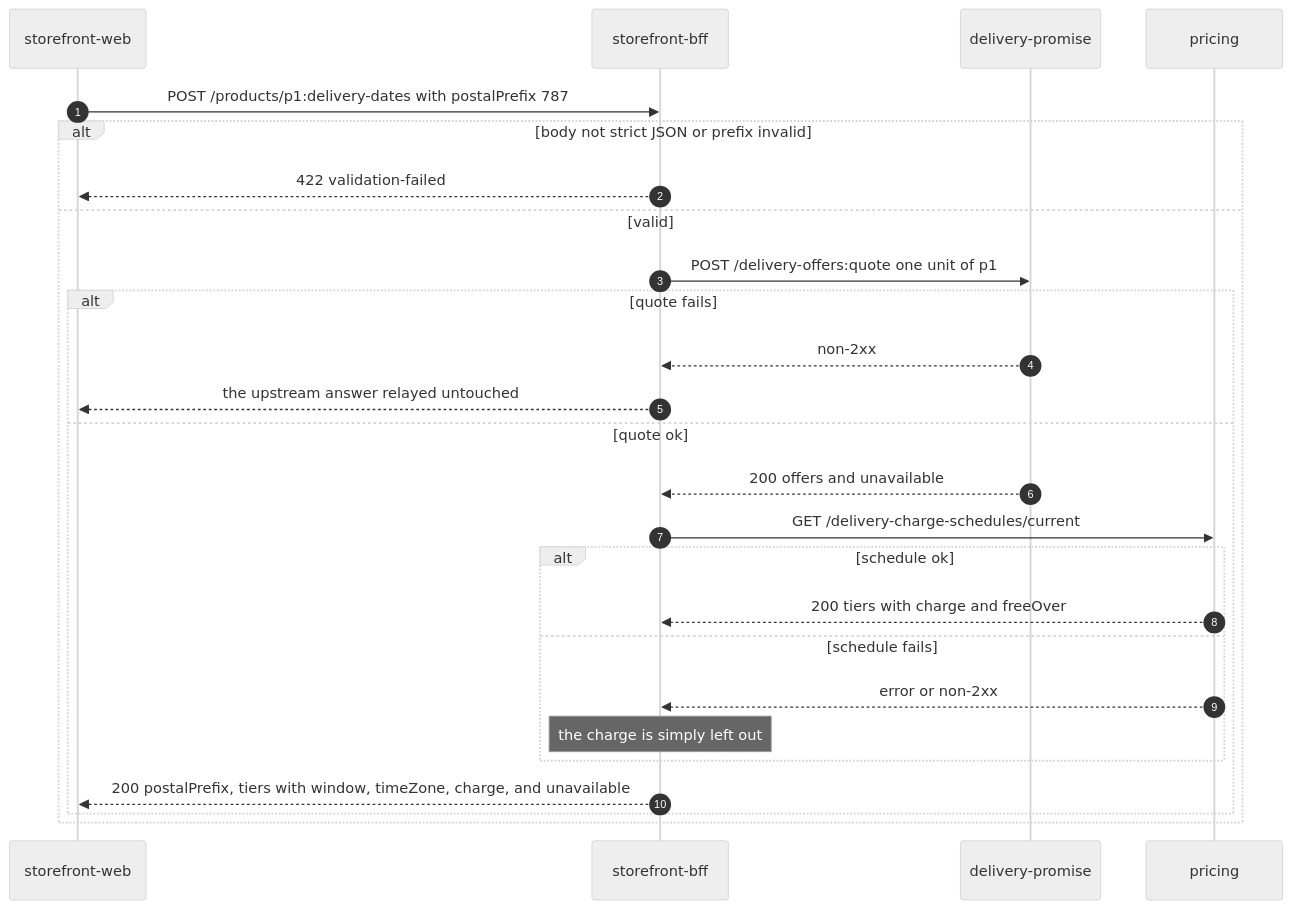
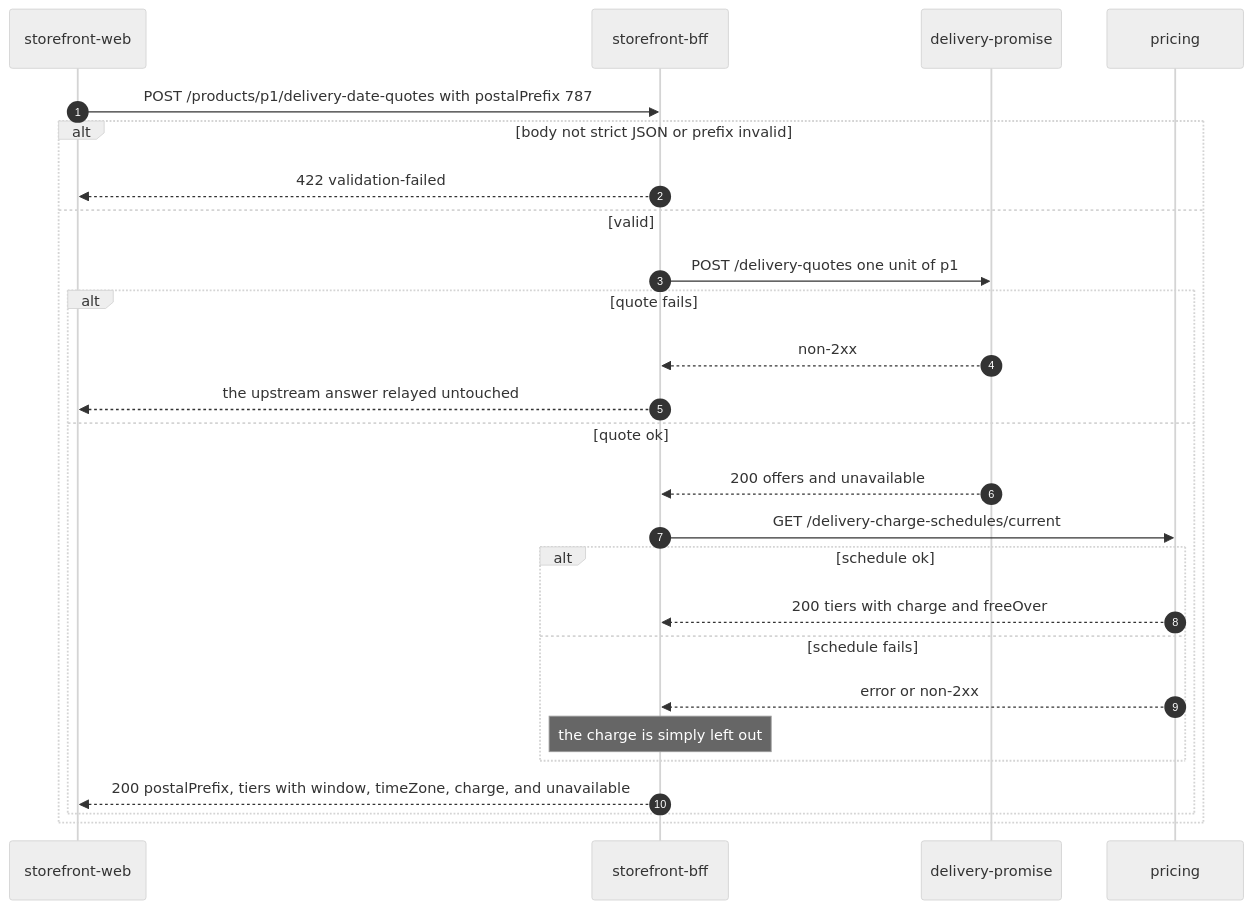
Before and after one commit to IQVO/storefront-bff: the second of 4 diagrams in docs/docs/ddd/sequence-diagrams.md, drawn with Mermaid (neutral theme). The commit also changed other lines of this file and 17 other files, not shown here.

````diff
--- a/docs/docs/ddd/sequence-diagrams.md
+++ b/docs/docs/ddd/sequence-diagrams.md
@@ -49,28 +49,28 @@
 ```mermaid
 sequenceDiagram
     autonumber
     participant W as storefront-web
     participant B as storefront-bff
     participant D as delivery-promise
     participant P as pricing
-    W->>B: POST /products/p1:delivery-dates with postalPrefix 787
+    W->>B: POST /products/p1/delivery-date-quotes with postalPrefix 787
     alt body not strict JSON or prefix invalid
         B-->>W: 422 validation-failed
     else valid
-        B->>D: POST /delivery-offers:quote one unit of p1
+        B->>D: POST /delivery-quotes one unit of p1
         alt quote fails
             D-->>B: non-2xx
             B-->>W: the upstream answer relayed untouched
         else quote ok
             D-->>B: 200 offers and unavailable
             B->>P: GET /delivery-charge-schedules/current
             alt schedule ok
                 P-->>B: 200 tiers with charge and freeOver
             else schedule fails
                 P-->>B: error or non-2xx
                 Note over B: the charge is simply left out
             end
             B-->>W: 200 postalPrefix, tiers with window, timeZone, charge, and unavailable
         end
     end
 ```
````
